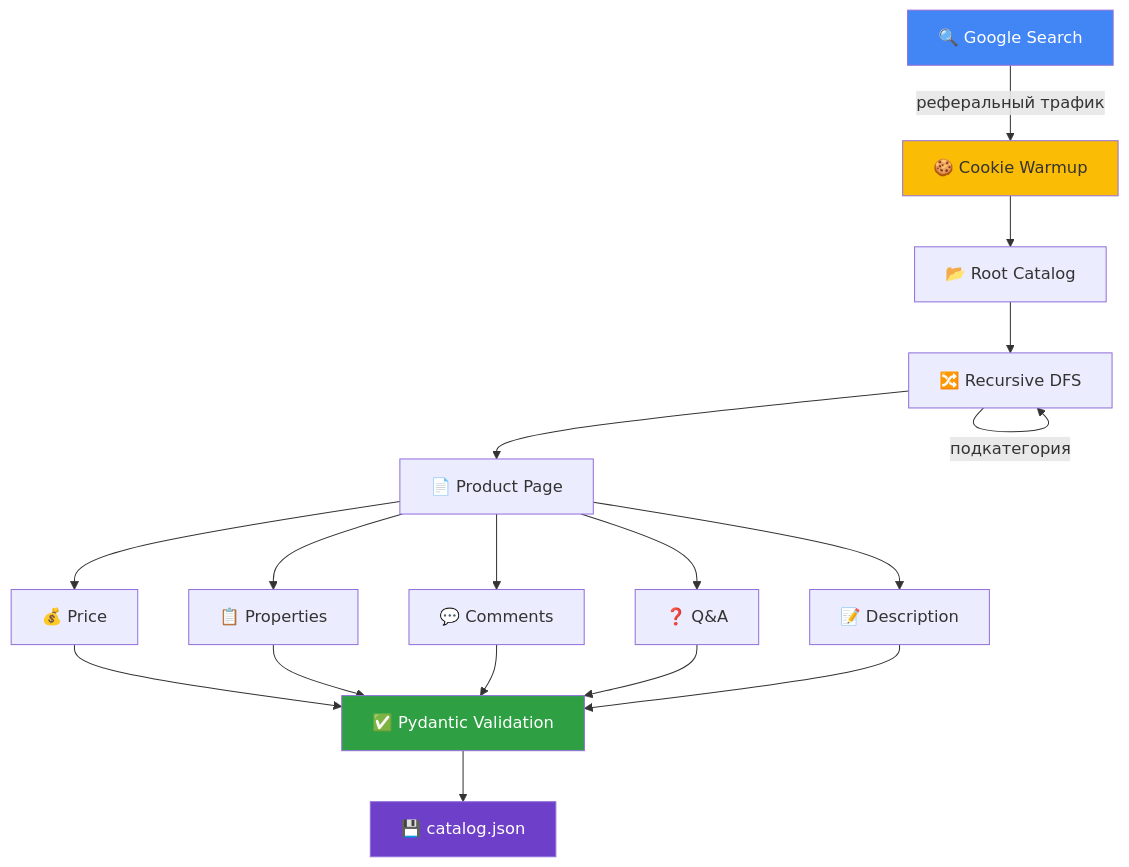
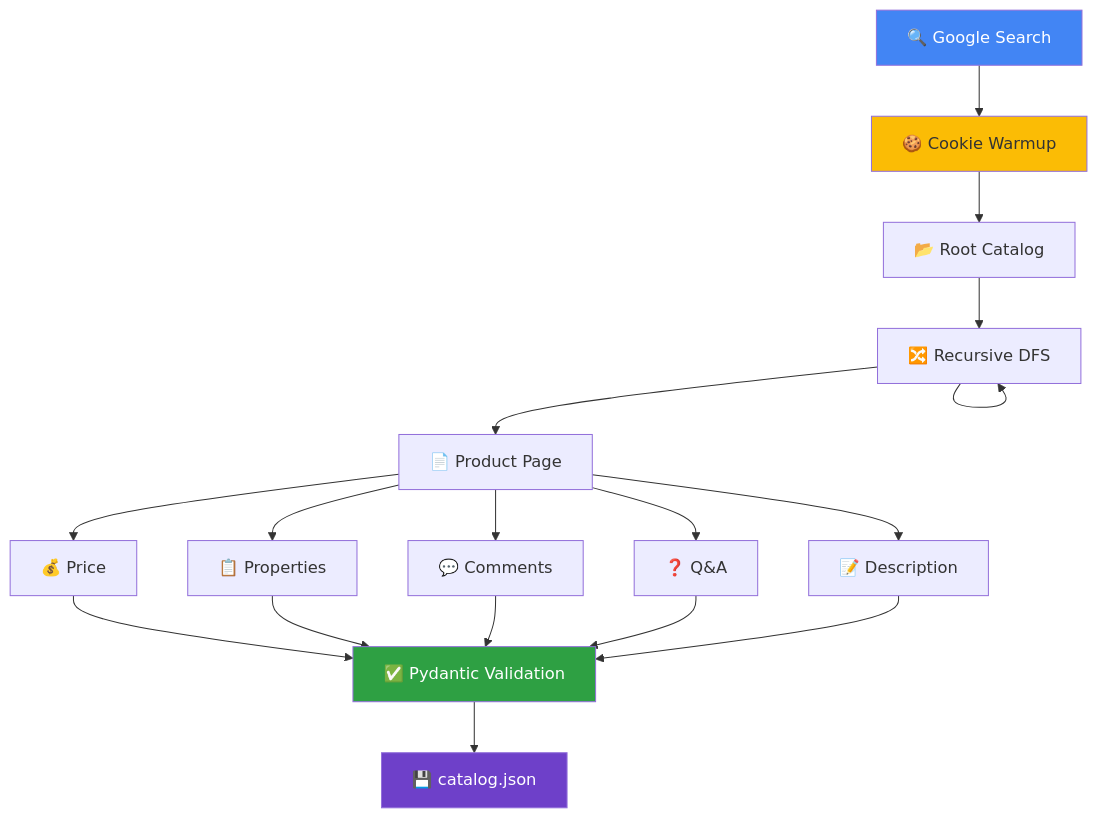
One commit to temaptz/pertovich-scrapper changed the diagram in README.md. Above: the diagram before and after it, drawn with Mermaid.

````diff
--- a/README.md
+++ b/README.md
@@ -12,20 +12,24 @@
 ```mermaid
 flowchart TD
-    A["🔍 Google Search"] -->|"реферальный трафик"| B["🍪 Cookie Warmup"]
+    A["🔍 Google Search"] --> B["🍪 Cookie Warmup"]
     B --> C["📂 Root Catalog"]
     C --> D["🔀 Recursive DFS"]
-    D -->|"подкатегория"| D
+    D --> D
     D --> E["📄 Product Page"]
     E --> F["💰 Price"]
     E --> G["📋 Properties"]
     E --> H["💬 Comments"]
     E --> I["❓ Q&A"]
     E --> J["📝 Description"]
-    F & G & H & I & J --> K["✅ Pydantic Validation"]
+    F --> K["✅ Pydantic Validation"]
+    G --> K
+    H --> K
+    I --> K
+    J --> K
     K --> L["💾 catalog.json"]
 
     style A fill:#4285f4,color:#fff
     style B fill:#fbbc05,color:#333
     style K fill:#2ea043,color:#fff
     style L fill:#6e40c9,color:#fff
 ```
````
